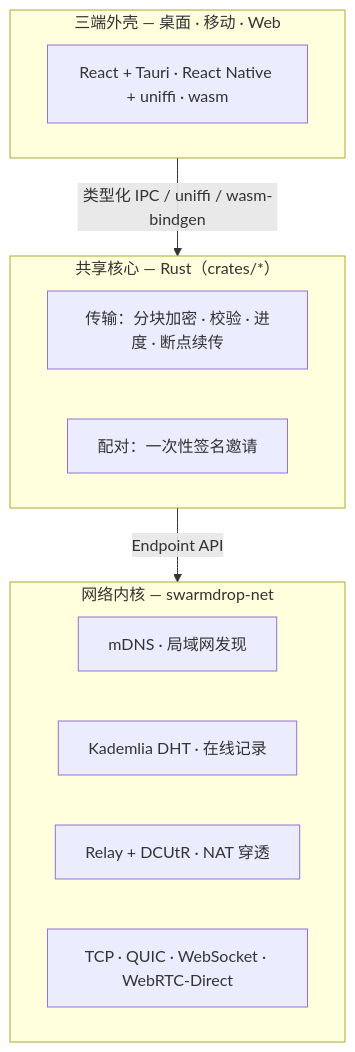
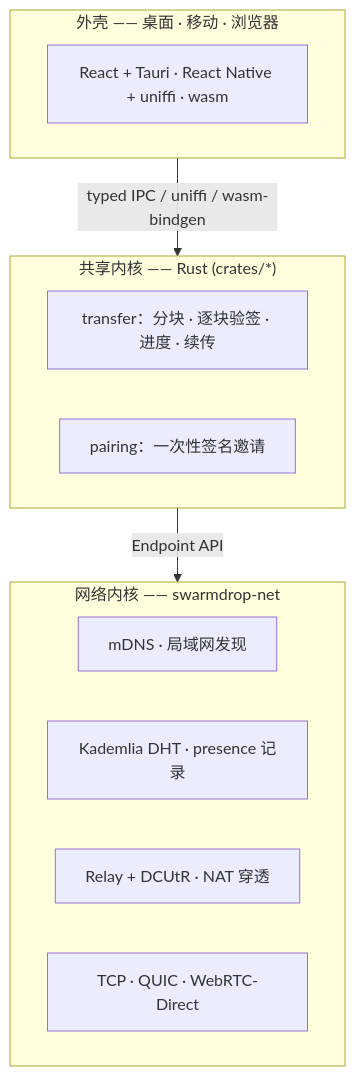
One commit to swarm-apps/SwarmDrop changed the diagram in README.zh-CN.md. Above: the diagram before and after it, drawn with Mermaid. The commit also changed other lines of this file and 1 other file, not shown here.

````diff
--- a/README.zh-CN.md
+++ b/README.zh-CN.md
@@ -112,18 +85,18 @@
 ```mermaid
 graph TB
-    subgraph Shells["三端外壳 — 桌面 · 移动 · Web"]
+    subgraph Shells["外壳 —— 桌面 · 移动 · 浏览器"]
         A["React + Tauri · React Native + uniffi · wasm"]
     end
-    subgraph Core["共享核心 — Rust（crates/*）"]
-        B["传输：分块加密 · 校验 · 进度 · 断点续传"]
-        G["配对：一次性签名邀请"]
+    subgraph Core["共享内核 —— Rust (crates/*)"]
+        B["transfer：分块 · 逐块验签 · 进度 · 续传"]
+        G["pairing：一次性签名邀请"]
     end
-    subgraph Net["网络内核 — swarmdrop-net"]
+    subgraph Net["网络内核 —— swarmdrop-net"]
         D["mDNS · 局域网发现"]
-        E["Kademlia DHT · 在线记录"]
+        E["Kademlia DHT · presence 记录"]
         F["Relay + DCUtR · NAT 穿透"]
-        H["TCP · QUIC · WebSocket · WebRTC-Direct"]
+        H["TCP · QUIC · WebRTC-Direct"]
     end
-    Shells -- "类型化 IPC / uniffi / wasm-bindgen" --> Core
+    Shells -- "typed IPC / uniffi / wasm-bindgen" --> Core
     Core -- "Endpoint API" --> Net
 ```
````
